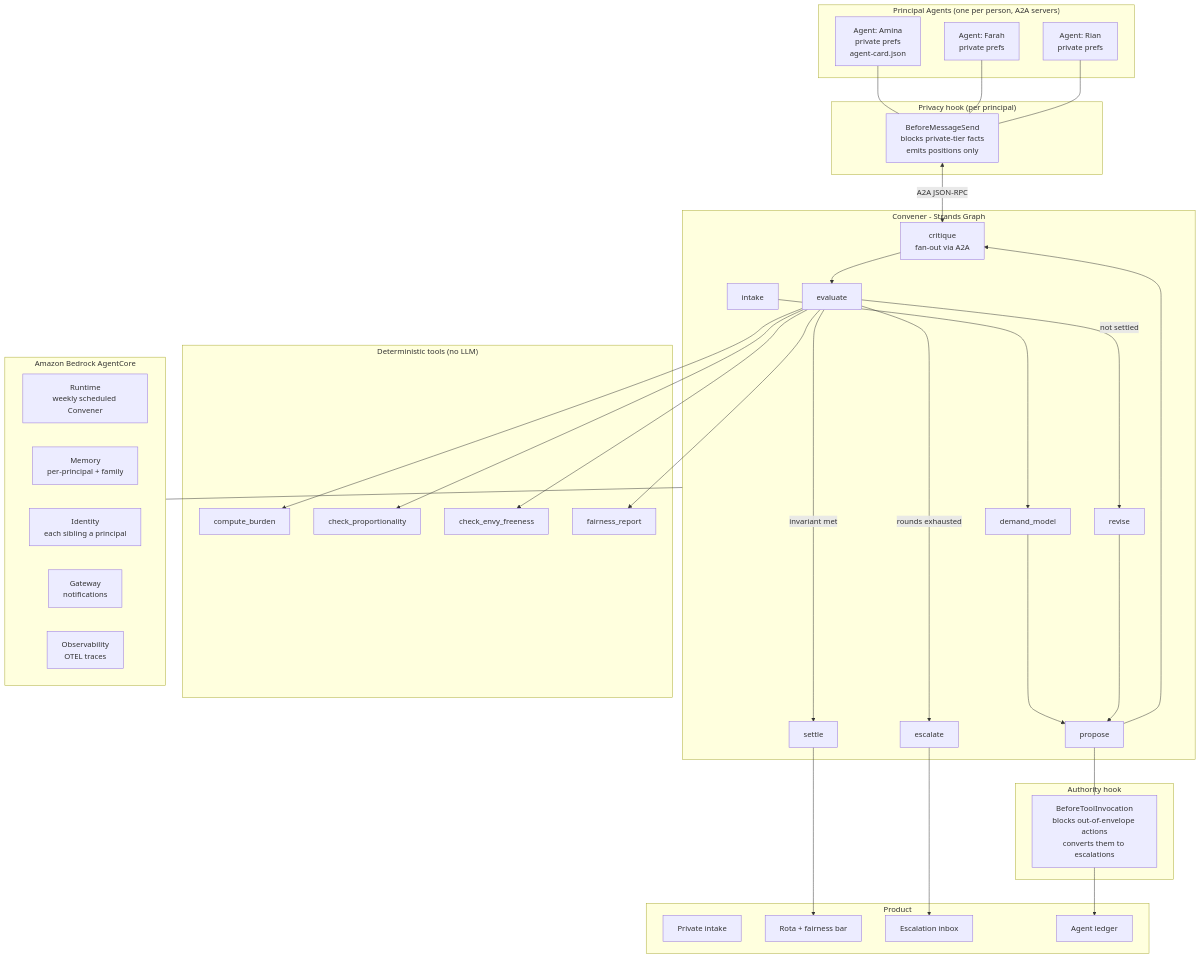
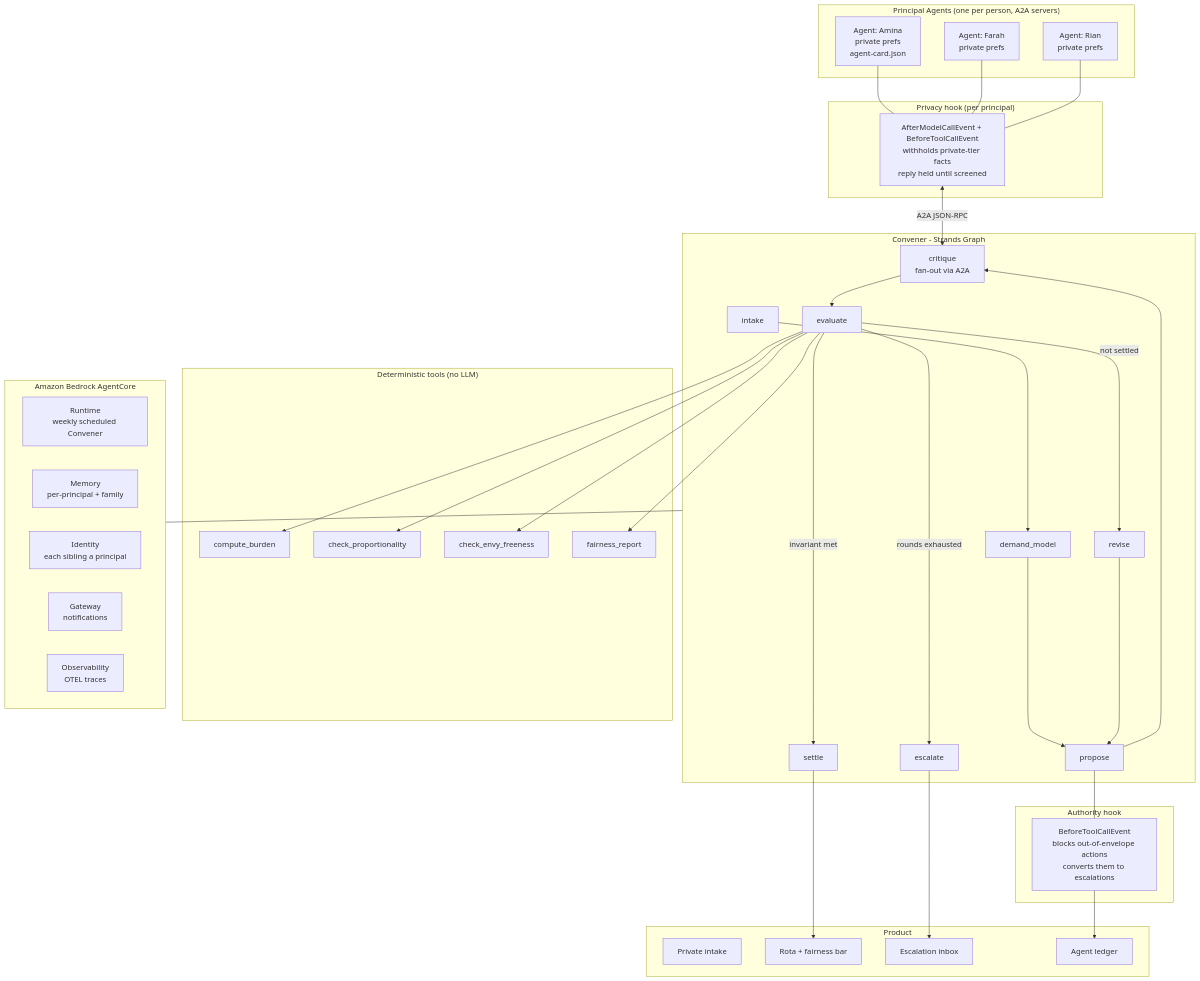
Before and after one commit to ahammadshawki8/Shoulder: the second of 2 diagrams in CLAUDE.md, drawn with Mermaid. The commit also changed other lines of this file and 34 other files, not shown here.

````diff
--- a/CLAUDE.md
+++ b/CLAUDE.md
@@ -283,60 +294,60 @@
 ```mermaid
 flowchart TB
     subgraph Principals["Principal Agents (one per person, A2A servers)"]
         PA["Agent: Amina<br/>private prefs<br/>agent-card.json"]
         PB["Agent: Farah<br/>private prefs"]
         PC["Agent: Rian<br/>private prefs"]
     end
 
     subgraph Guard["Privacy hook (per principal)"]
-        H1["BeforeMessageSend<br/>blocks private-tier facts<br/>emits positions only"]
+        H1["AfterModelCallEvent + BeforeToolCallEvent<br/>withholds private-tier facts<br/>reply held until screened"]
     end
 
     subgraph Convener["Convener - Strands Graph"]
         N1[intake] --> N2[demand_model]
         N2 --> N3[propose]
         N3 --> N4["critique<br/>fan-out via A2A"]
         N4 --> N5[evaluate]
         N5 -->|not settled| N6[revise]
         N6 --> N3
         N5 -->|invariant met| N7[settle]
         N5 -->|rounds exhausted| N8[escalate]
     end
 
     subgraph Tools["Deterministic tools (no LLM)"]
         T1[compute_burden]
         T2[check_proportionality]
         T3[check_envy_freeness]
         T4[fairness_report]
     end
 
     subgraph Envelope["Authority hook"]
-        H2["BeforeToolInvocation<br/>blocks out-of-envelope actions<br/>converts them to escalations"]
+        H2["BeforeToolCallEvent<br/>blocks out-of-envelope actions<br/>converts them to escalations"]
     end
 
     subgraph Surface["Product"]
         S1[Private intake]
         S2[Rota + fairness bar]
         S3[Escalation inbox]
         S4[Agent ledger]
     end
 
     subgraph AWS["Amazon Bedrock AgentCore"]
         R1["Runtime<br/>weekly scheduled Convener"]
         M1["Memory<br/>per-principal + family"]
         I1["Identity<br/>each sibling a principal"]
         G1["Gateway<br/>notifications"]
         O1["Observability<br/>OTEL traces"]
     end
 
     PA --- H1
     PB --- H1
     PC --- H1
     H1 <-->|A2A JSON-RPC| N4
     N5 --> T1 & T2 & T3 & T4
     N3 --- H2
     N7 --> S2
     N8 --> S3
     H2 --> S4
     Convener --- AWS
 ```
````
